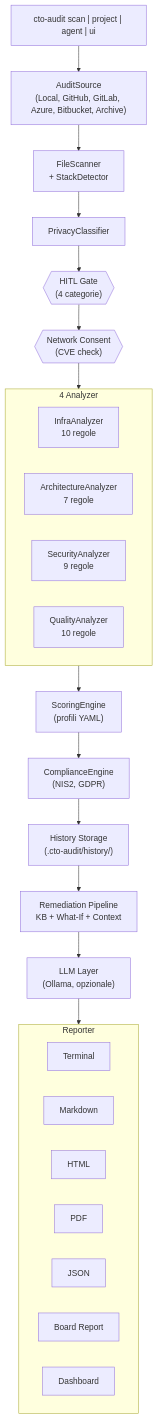
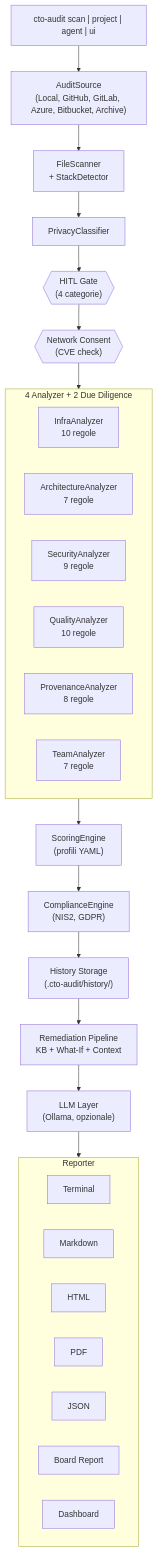
One commit to PhysicsInforMe/cto-audit-agent changed the first of 3 diagrams in README.md. Above: the diagram before and after it, drawn with Mermaid. The commit also changed other lines of this file and 31 other files, not shown here.

First line of the commit message:
Add due-diligence mode: provenance and team layers, 6-layer profile, DD report

````diff
--- a/README.md
+++ b/README.md
@@ -346,35 +396,37 @@
 ```mermaid
 flowchart TD
     CLI["cto-audit scan | project | agent | ui"] --> Source["AuditSource\n(Local, GitHub, GitLab, Azure, Bitbucket, Archive)"]
     Source --> Scan["FileScanner\n+ StackDetector"]
     Scan --> Privacy["PrivacyClassifier"]
     Privacy --> HITL{{"HITL Gate\n(4 categorie)"}}
     HITL --> Consent{{"Network Consent\n(CVE check)"}}
     Consent --> Analyzers
 
-    subgraph Analyzers["4 Analyzer"]
+    subgraph Analyzers["4 Analyzer + 2 Due Diligence"]
         direction LR
         Infra["InfraAnalyzer\n10 regole"]
         Arch["ArchitectureAnalyzer\n7 regole"]
         Sec["SecurityAnalyzer\n9 regole"]
         Qual["QualityAnalyzer\n10 regole"]
+        Prov["ProvenanceAnalyzer\n8 regole"]
+        Team["TeamAnalyzer\n7 regole"]
     end
 
     Analyzers --> Scoring["ScoringEngine\n(profili YAML)"]
     Scoring --> Compliance["ComplianceEngine\n(NIS2, GDPR)"]
     Compliance --> History["History Storage\n(.cto-audit/history/)"]
     History --> Remediation["Remediation Pipeline\nKB + What-If + Context"]
     Remediation --> LLM["LLM Layer\n(Ollama, opzionale)"]
     LLM --> Reporters
 
     subgraph Reporters["Reporter"]
         direction LR
         Term["Terminal"]
         MD["Markdown"]
         HTML["HTML"]
         PDF["PDF"]
         JSON["JSON"]
         Board["Board Report"]
         Dash["Dashboard"]
     end
 ```
````
